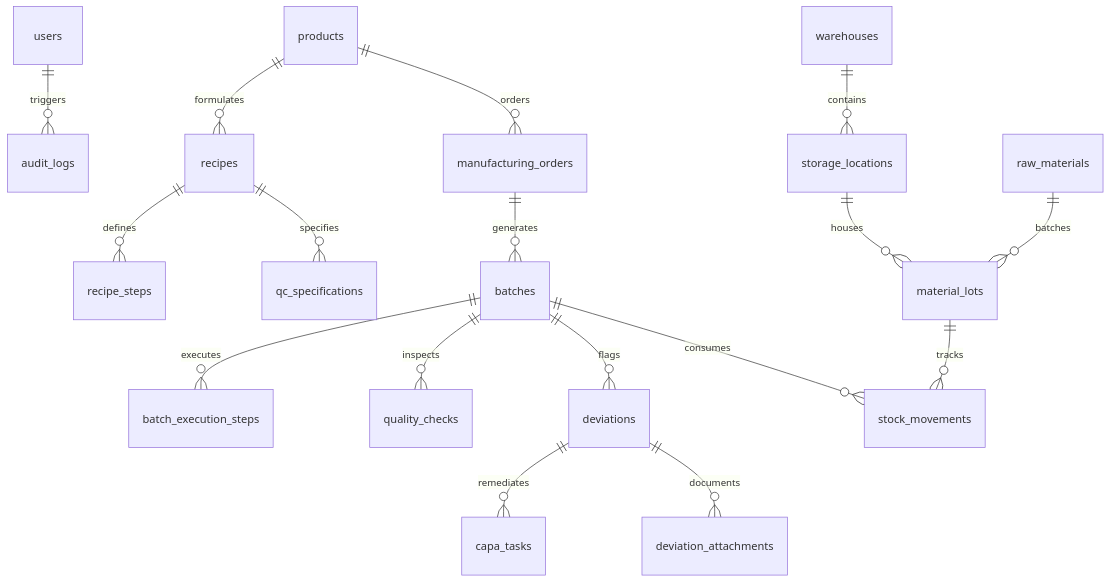
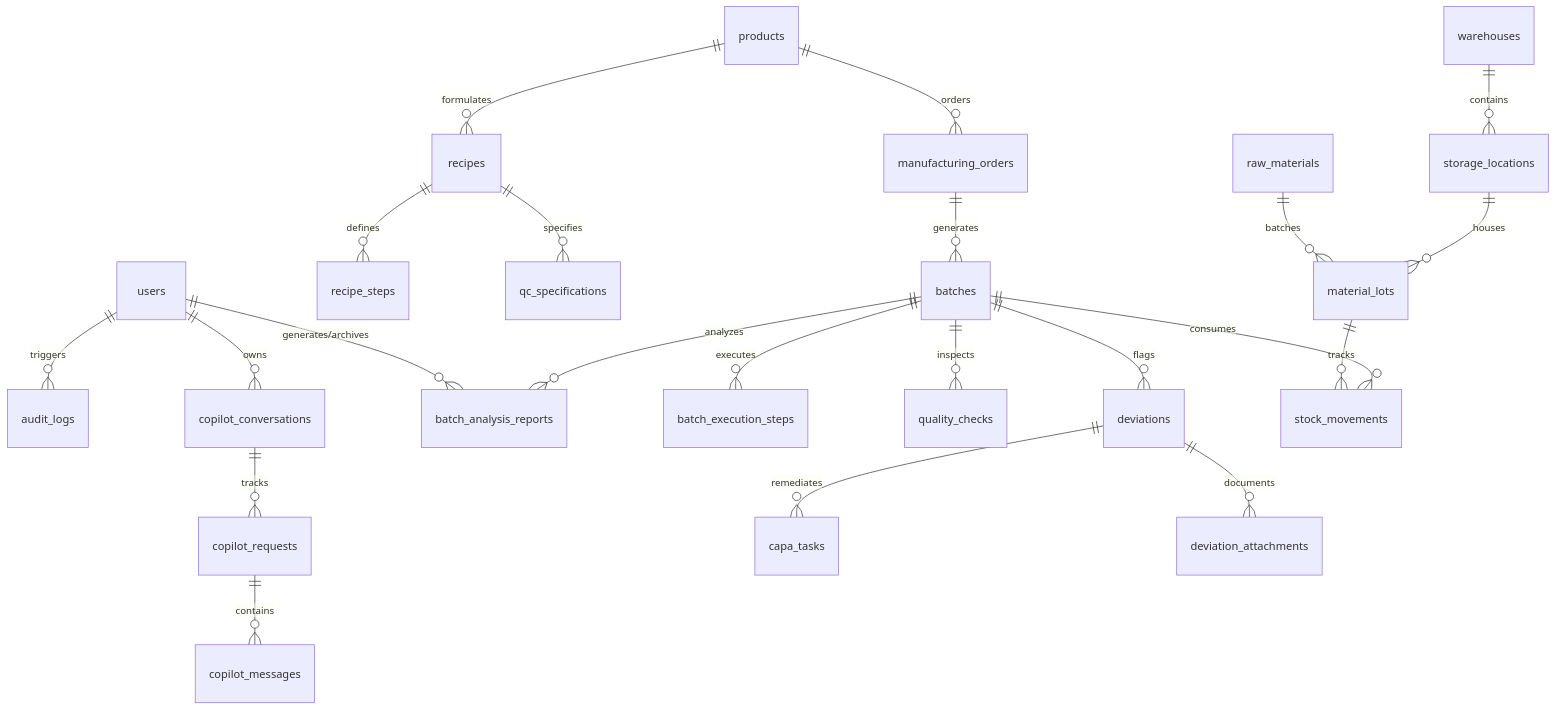
The second of 3 diagrams in README.md (nimishaWargantiwar/Pharma-Track), drawn with Mermaid before and after one commit. The commit also changed other lines of this file and 140 other files, not shown here.

Commit message:
feat: complete AI Copilot and Batch Analysis workflows

````diff
--- a/README.md
+++ b/README.md
@@ -604,19 +753,24 @@
 ```mermaid
 erDiagram
     users ||--o{ audit_logs : "triggers"
+    users ||--o{ copilot_conversations : "owns"
+    users ||--o{ batch_analysis_reports : "generates/archives"
+    copilot_conversations ||--o{ copilot_requests : "tracks"
+    copilot_requests ||--o{ copilot_messages : "contains"
     products ||--o{ recipes : "formulates"
     products ||--o{ manufacturing_orders : "orders"
     recipes ||--o{ recipe_steps : "defines"
     recipes ||--o{ qc_specifications : "specifies"
     manufacturing_orders ||--o{ batches : "generates"
     batches ||--o{ batch_execution_steps : "executes"
     batches ||--o{ quality_checks : "inspects"
     batches ||--o{ deviations : "flags"
+    batches ||--o{ batch_analysis_reports : "analyzes"
     deviations ||--o{ capa_tasks : "remediates"
     deviations ||--o{ deviation_attachments : "documents"
     warehouses ||--o{ storage_locations : "contains"
     raw_materials ||--o{ material_lots : "batches"
     storage_locations ||--o{ material_lots : "houses"
     material_lots ||--o{ stock_movements : "tracks"
     batches ||--o{ stock_movements : "consumes"
 ```
````
